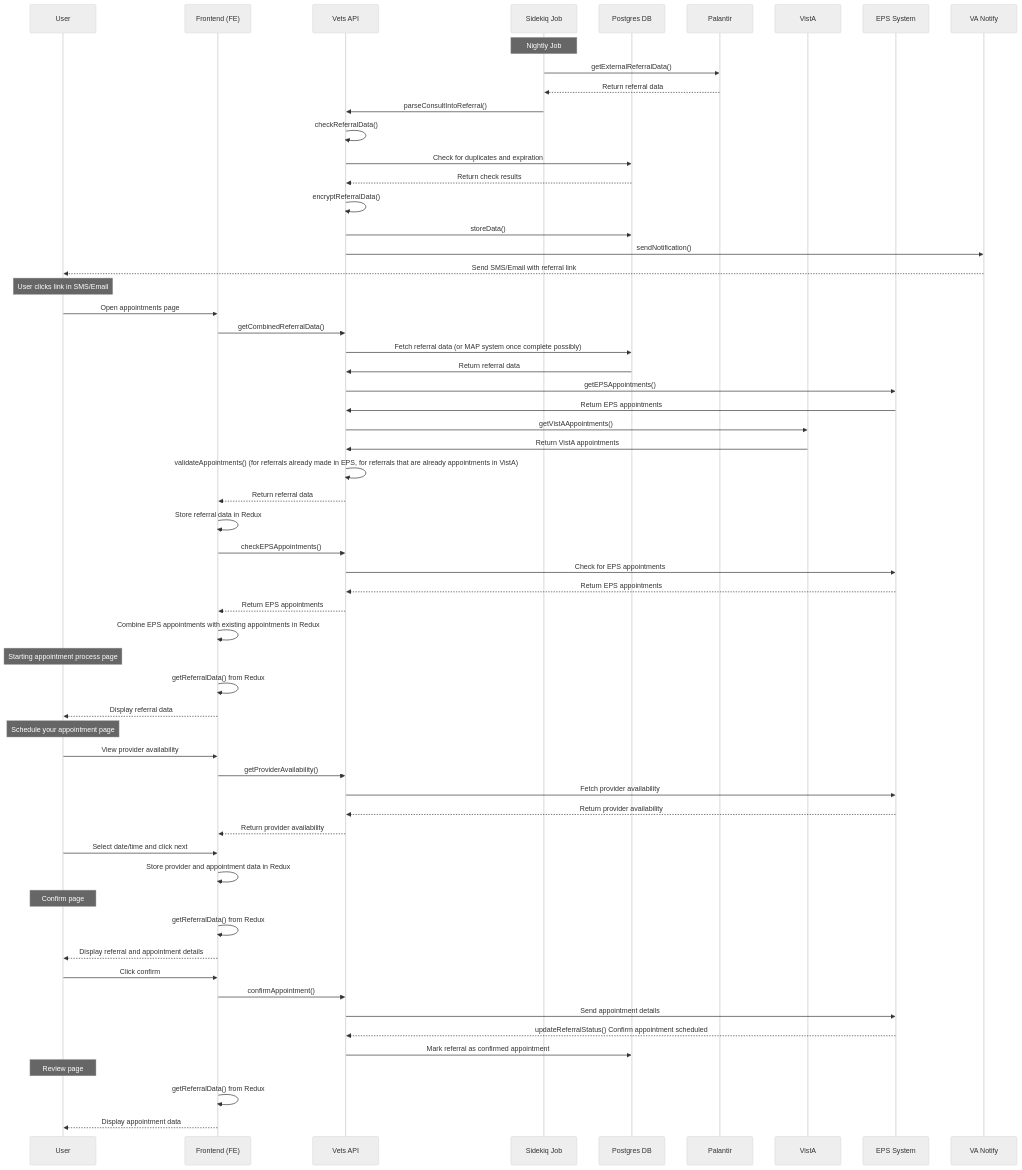
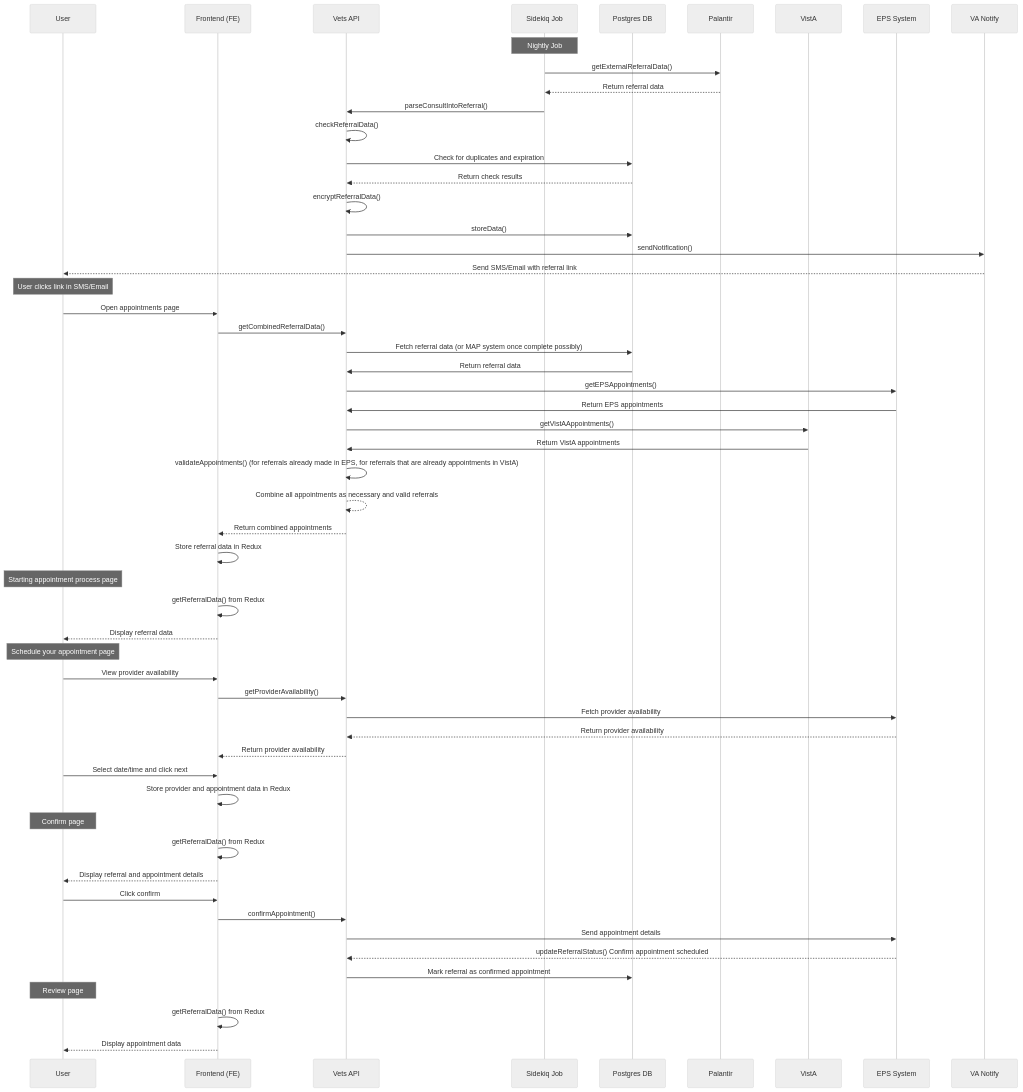
The fourth of 4 diagrams in products/health-care/appointments/va-online-scheduling/engineering/architecture/community-care-technical-documentation.md (department-of-veterans-affairs/va.gov-team), drawn with Mermaid (neutral theme) before and after one commit.

````diff
--- a/products/health-care/appointments/va-online-scheduling/engineering/architecture/community-care-technical-documentation.md
+++ b/products/health-care/appointments/va-online-scheduling/engineering/architecture/community-care-technical-documentation.md
@@ -131,68 +131,65 @@
 ```mermaid
 sequenceDiagram
     participant User
     participant Frontend as Frontend (FE)
     participant VetsAPI as Vets API
     participant Sidekiq as Sidekiq Job
     participant Postgres as Postgres DB
     participant Palantir as Palantir
     participant VistA as VistA
     participant EPS as EPS System
     participant VA as VA Notify
 
     Note over Sidekiq: Nightly Job
     Sidekiq->>Palantir: getExternalReferralData()
     Palantir-->>Sidekiq: Return referral data
     Sidekiq->>VetsAPI: parseConsultIntoReferral()
     VetsAPI->>VetsAPI: checkReferralData()
     VetsAPI->>Postgres: Check for duplicates and expiration
     Postgres-->>VetsAPI: Return check results
     VetsAPI->>VetsAPI: encryptReferralData()
     VetsAPI->>Postgres: storeData()
     VetsAPI->>VA: sendNotification()
     VA-->>User: Send SMS/Email with referral link
 
     Note over User: User clicks link in SMS/Email
     User->>Frontend: Open appointments page
     Frontend->>VetsAPI: getCombinedReferralData()
     VetsAPI->>Postgres: Fetch referral data (or MAP system once complete possibly)
     Postgres->>VetsAPI: Return referral data
     VetsAPI->>EPS: getEPSAppointments() 
     EPS->>VetsAPI: Return EPS appointments
     VetsAPI->>VistA: getVistAAppointments() 
     VistA->>VetsAPI: Return VistA appointments
     VetsAPI->>VetsAPI: validateAppointments() (for referrals already made in EPS, for referrals that are already appointments in VistA)
-    VetsAPI-->>Frontend: Return referral data
+    VetsAPI-->>VetsAPI: Combine all appointments as necessary and valid referrals
+    VetsAPI-->>Frontend: Return combined appointments
     Frontend->>Frontend: Store referral data in Redux
-    Frontend->>VetsAPI: checkEPSAppointments()
-    VetsAPI->>EPS: Check for EPS appointments
-    EPS-->>VetsAPI: Return EPS appointments
-    VetsAPI-->>Frontend: Return EPS appointments
-    Frontend->>Frontend: Combine EPS appointments with existing appointments in Redux
+    
 
     Note over User: Starting appointment process page
     Frontend->>Frontend: getReferralData() from Redux
     Frontend-->>User: Display referral data
 
     Note over User: Schedule your appointment page
     User->>Frontend: View provider availability
     Frontend->>VetsAPI: getProviderAvailability()
     VetsAPI->>EPS: Fetch provider availability
     EPS-->>VetsAPI: Return provider availability
     VetsAPI-->>Frontend: Return provider availability
     User->>Frontend: Select date/time and click next
     Frontend->>Frontend: Store provider and appointment data in Redux
 
     Note over User: Confirm page
     Frontend->>Frontend: getReferralData() from Redux
     Frontend-->>User: Display referral and appointment details
     User->>Frontend: Click confirm
     Frontend->>VetsAPI: confirmAppointment()
     VetsAPI->>EPS: Send appointment details
     EPS-->>VetsAPI: updateReferralStatus() Confirm appointment scheduled
     VetsAPI->>Postgres: Mark referral as confirmed appointment
 
     Note over User: Review page
     Frontend->>Frontend: getReferralData() from Redux
     Frontend-->>User: Display appointment data
 ```
````
